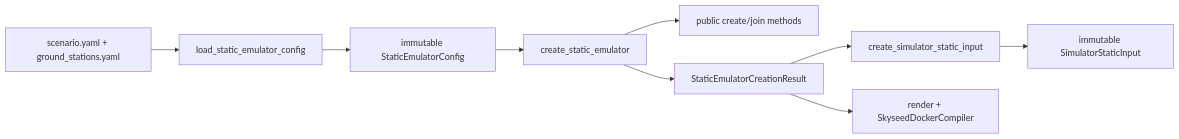
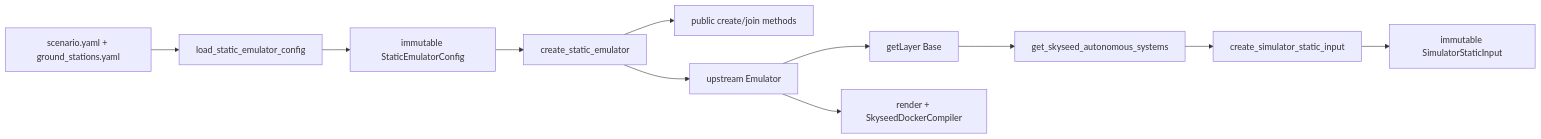
One commit to seed-labs/skyseed changed the fifth of 8 diagrams in skyseed_v2/docs/architecture/diagrams.md. Above: the diagram before and after it, drawn with Mermaid. The commit also changed other lines of this file and 31 other files, not shown here.

Commit message:
Converge static Emulator file input

````diff
--- a/skyseed_v2/docs/architecture/diagrams.md
+++ b/skyseed_v2/docs/architecture/diagrams.md
@@ -126,12 +126,14 @@
 ```mermaid
 flowchart LR
     YAML[scenario.yaml + ground_stations.yaml]
     YAML --> L[load_static_emulator_config]
     L --> CONFIG[immutable StaticEmulatorConfig]
     CONFIG --> CREATE[create_static_emulator]
     CREATE --> ENTITIES[public create/join methods]
-    CREATE --> RESULT[StaticEmulatorCreationResult]
-    RESULT --> CONVERT[create_simulator_static_input]
+    CREATE --> EMU[upstream Emulator]
+    EMU --> BASE[getLayer Base]
+    BASE --> ASE[get_skyseed_autonomous_systems]
+    ASE --> CONVERT[create_simulator_static_input]
     CONVERT --> INPUT[immutable SimulatorStaticInput]
-    RESULT --> COMP[render + SkyseedDockerCompiler]
+    EMU --> COMP[render + SkyseedDockerCompiler]
 ```
````
